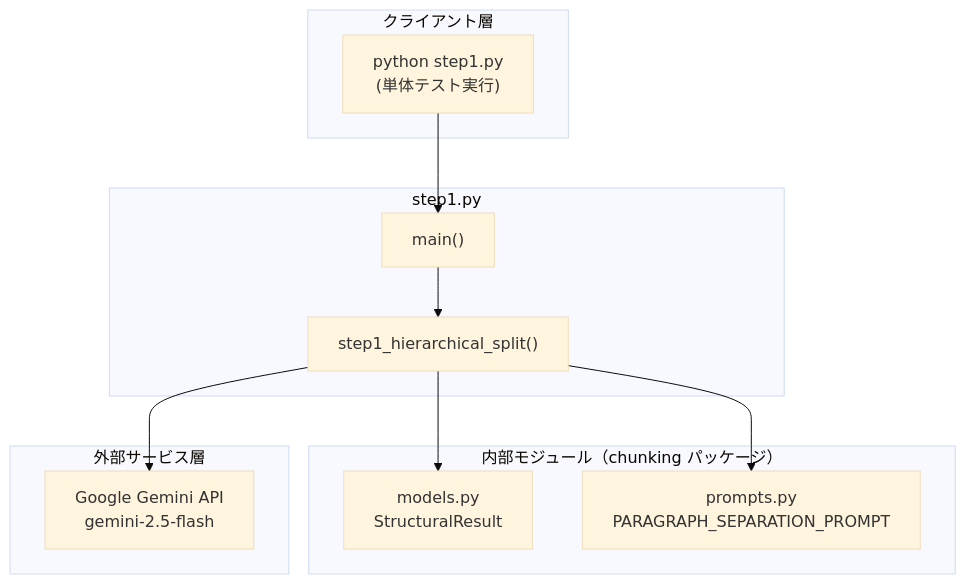
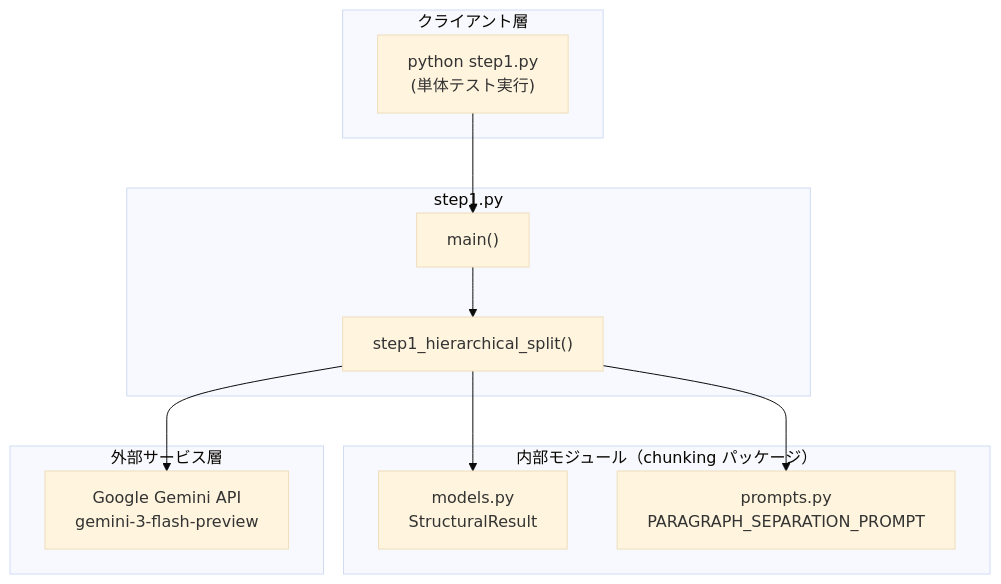
Before and after one commit to nakashima2toshio/gemini_grace_agent: the first of 5 diagrams in chunking/doc/step1.md, drawn with Mermaid (base theme). The commit also changed other lines of this file and 15 other files, not shown here.

````diff
--- a/chunking/doc/step1.md
+++ b/chunking/doc/step1.md
@@ -111,26 +114,26 @@
 ```mermaid
 flowchart TB
     subgraph CLIENT["クライアント層"]
         CLI["python step1.py<br/>(単体テスト実行)"]
     end
 
     subgraph MODULE["step1.py"]
         MAIN["main()"]
         CORE["step1_hierarchical_split()"]
     end
 
     subgraph INTERNAL["内部モジュール（chunking パッケージ）"]
         MODELS["models.py<br/>StructuralResult"]
         PROMPTS["prompts.py<br/>PARAGRAPH_SEPARATION_PROMPT"]
     end
 
     subgraph EXTERNAL["外部サービス層"]
-        GEMINI["Google Gemini API<br/>gemini-2.5-flash"]
+        GEMINI["Google Gemini API<br/>gemini-3-flash-preview"]
     end
 
     CLI --> MAIN
     MAIN --> CORE
     CORE --> MODELS
     CORE --> PROMPTS
     CORE --> GEMINI
 ```
````
